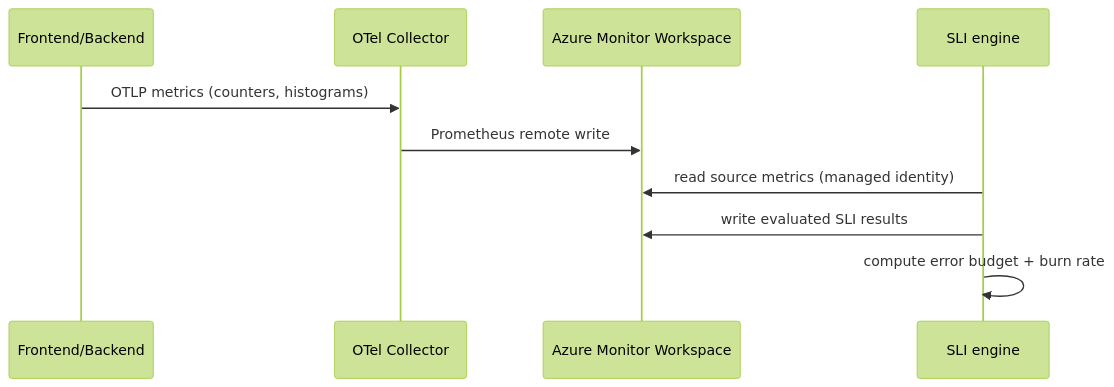
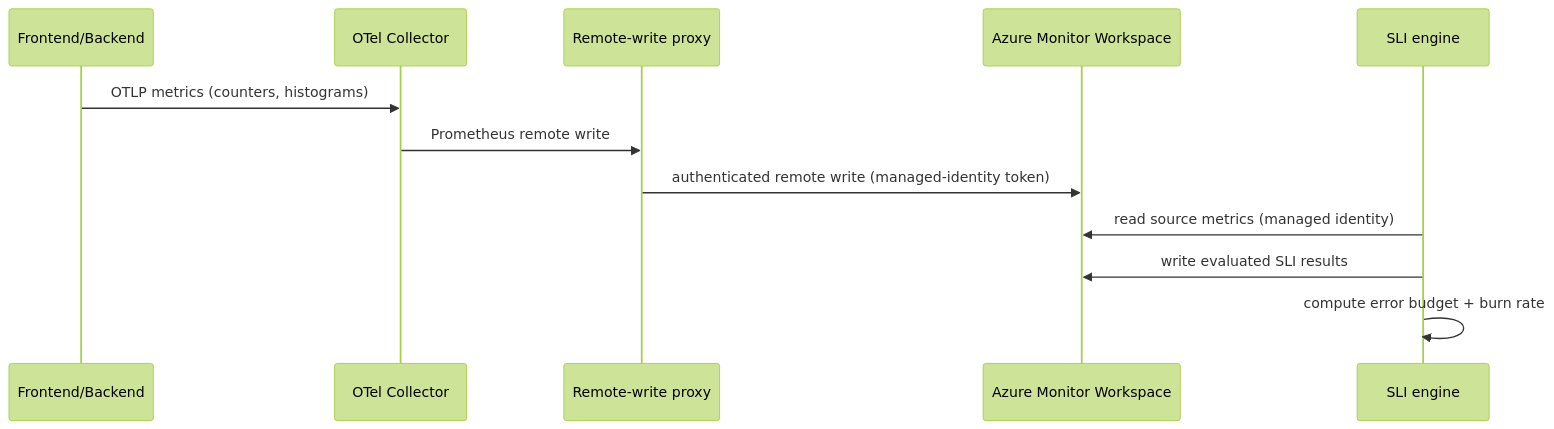
One commit to jvargh/azure-reliability-starter-kit changed the first of 2 diagrams in blog/resiliency-starter-kit-sli-slo-on-azure-monitor.md. Above: the diagram before and after it, drawn with Mermaid (forest theme). The commit also changed other lines of this file and 2 other files, not shown here.

Commit message:
docs: add remote-write proxy to telemetry diagrams; clarify SLI criticality scoring

````diff
--- a/blog/resiliency-starter-kit-sli-slo-on-azure-monitor.md
+++ b/blog/resiliency-starter-kit-sli-slo-on-azure-monitor.md
@@ -100,12 +100,14 @@
 ```mermaid
 sequenceDiagram
     participant App as Frontend/Backend
     participant Col as OTel Collector
+    participant Proxy as Remote-write proxy
     participant AMW as Azure Monitor Workspace
     participant SLI as SLI engine
     App->>Col: OTLP metrics (counters, histograms)
-    Col->>AMW: Prometheus remote write
+    Col->>Proxy: Prometheus remote write
+    Proxy->>AMW: authenticated remote write (managed-identity token)
     SLI->>AMW: read source metrics (managed identity)
     SLI->>AMW: write evaluated SLI results
     SLI->>SLI: compute error budget + burn rate
 ```
````
